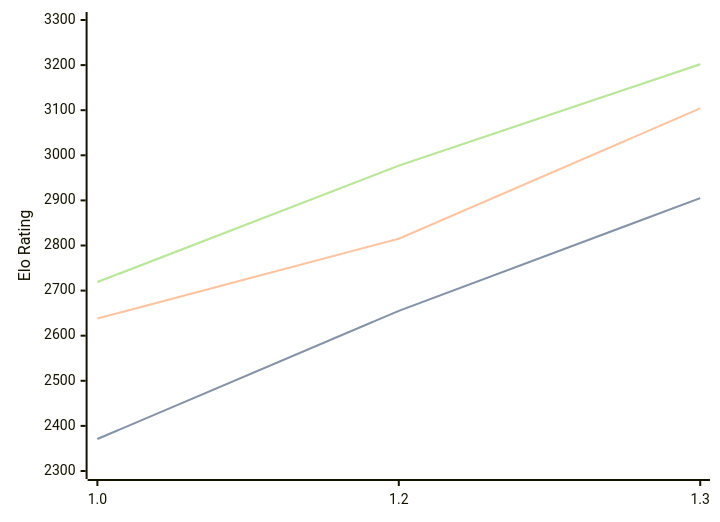
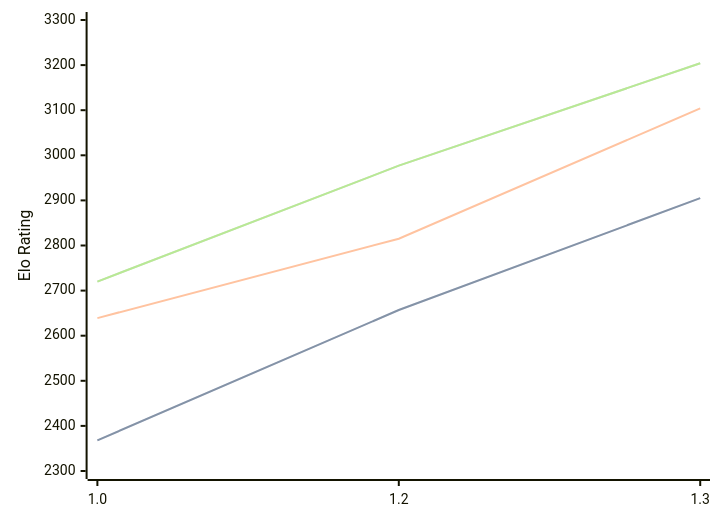
Before and after one commit to computer-chess-index/cci: the diagram in engines/Chessnix.md, drawn with Mermaid. The commit also changed other lines of this file, not shown here.

Commit message:
Update CCI Ratings (ELO VLTC) - 2026-04-24

````diff
--- a/engines/Chessnix.md
+++ b/engines/Chessnix.md
@@ -35,11 +35,11 @@
 ```mermaid
 %%{init: {"theme":"base","themeVariables":{"seriesColors:['#a3a3a3','#222221','#faa371']}}}%%
 xychart-beta
   x-axis ["1.0", "1.2", "1.3"]
   y-axis "Elo Rating" 2300 --> 3300
-  line "STC (8.0+0.08s)" [2371, 2655, 2905]
-  line "STC (8.0+0.08s)" [2371, 2655, 2905]
-  line "LTC (60.0+0.60s)" [2638, 2815, 3104]
-  line "VLTC (2m24s+1.12s)" [2719, 2977, 3202]
-  line "VLTC (2m24s+1.12s)" [2719, 2977, 3202]
+  line "STC (8.0+0.08s)" [2368, 2657, 2905]
+  line "STC (8.0+0.08s)" [2368, 2657, 2905]
+  line "LTC (60.0+0.60s)" [2639, 2815, 3104]
+  line "VLTC (2m24s+1.12s)" [2720, 2977, 3204]
+  line "VLTC (2m24s+1.12s)" [2720, 2977, 3204]
 ```
````
